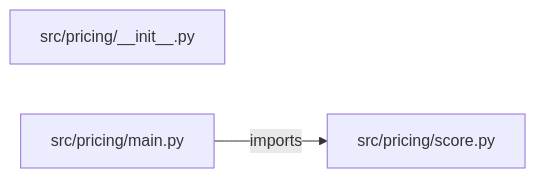
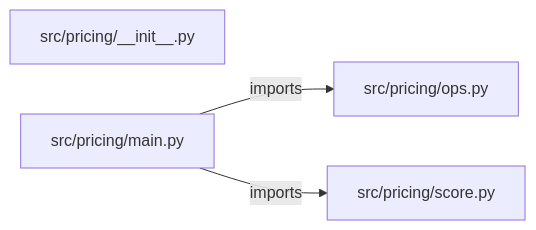
One commit to iarsingh/dynamic-pricing-model changed the diagram in PROJECT_ARCHITECTURE.md. Above: the diagram before and after it, drawn with Mermaid. The commit also changed other lines of this file and 2 other files, not shown here.

Commit message:
Refresh architecture and interview guides from current implementation

````diff
--- a/PROJECT_ARCHITECTURE.md
+++ b/PROJECT_ARCHITECTURE.md
@@ -13,7 +13,9 @@
 ```mermaid
 flowchart LR
     M0["src/pricing/__init__.py"]
     M1["src/pricing/main.py"]
-    M2["src/pricing/score.py"]
+    M2["src/pricing/ops.py"]
+    M3["src/pricing/score.py"]
     M1 -->|imports| M2
+    M1 -->|imports| M3
 ```
````
